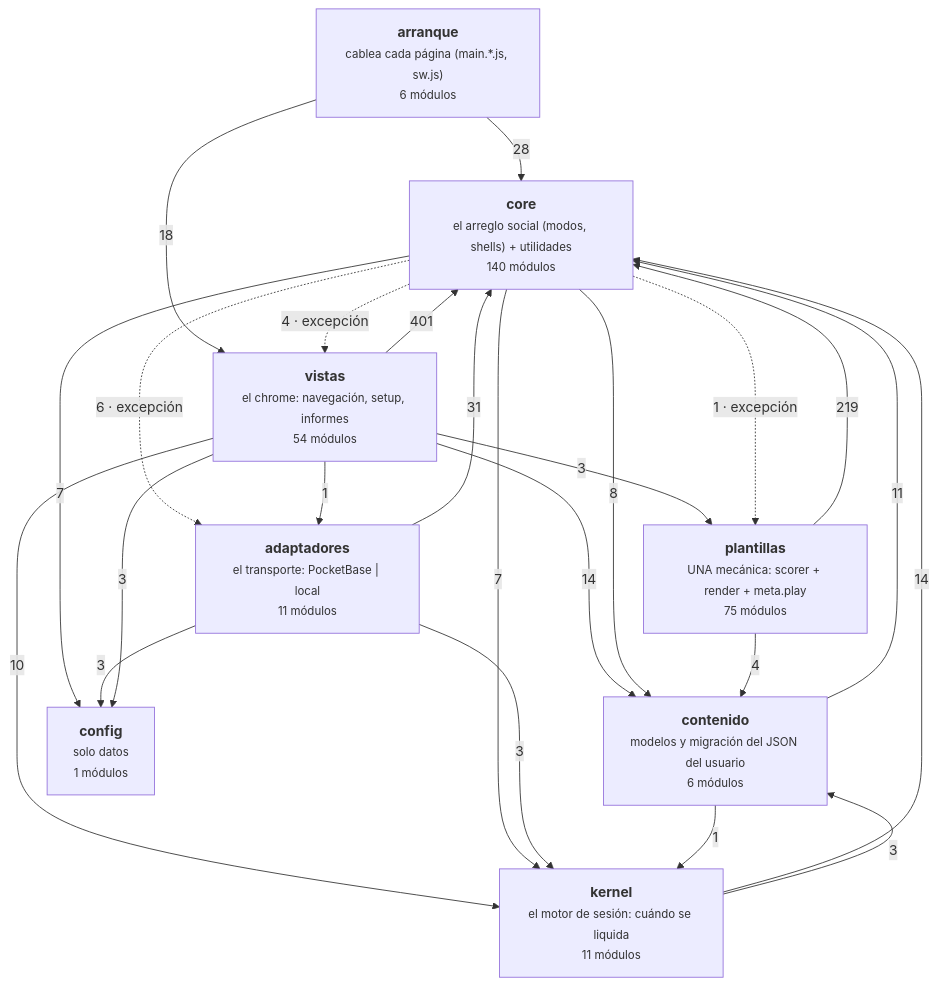
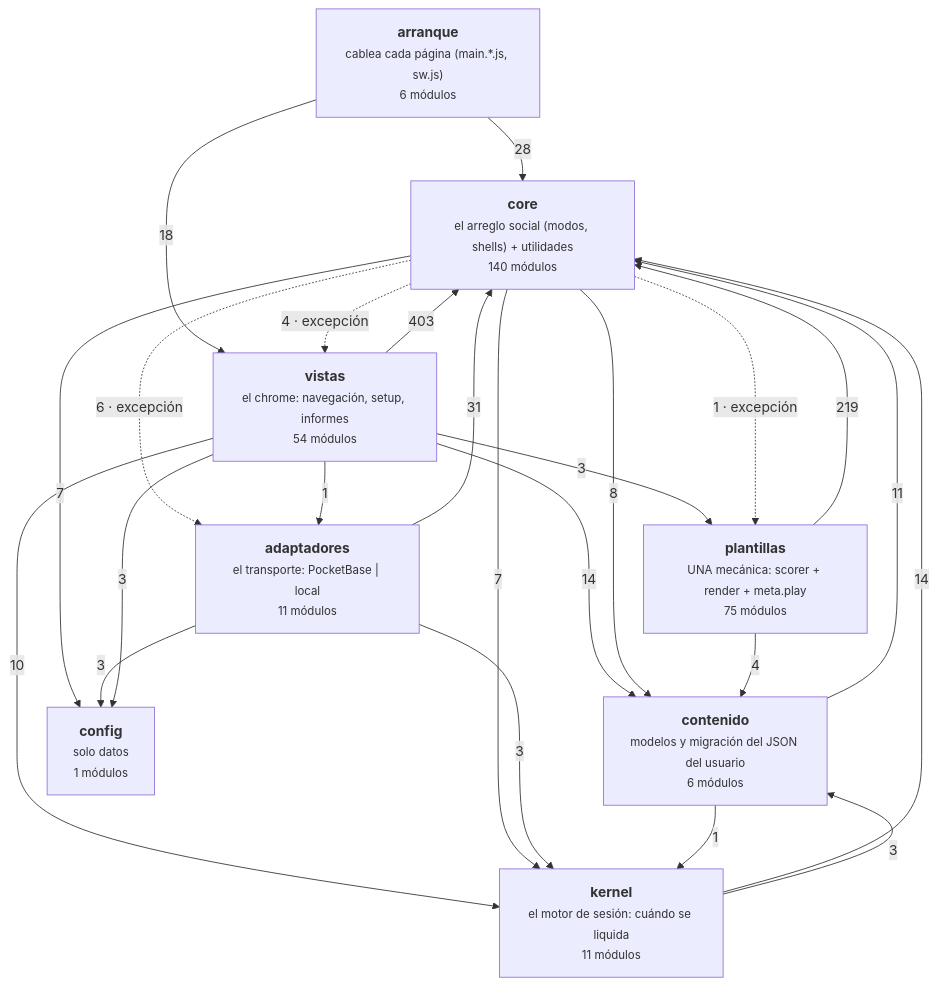
One commit to duecaz/ac changed the diagram in docs/arquitectura-modulos.md. Above: the diagram before and after it, drawn with Mermaid. The commit also changed other lines of this file and 10 other files, not shown here.

````diff
--- a/docs/arquitectura-modulos.md
+++ b/docs/arquitectura-modulos.md
@@ -56,34 +56,34 @@
 ```mermaid
 graph TD
   A["<b>arranque</b><br/><small>cablea cada página (main.*.js, sw.js)</small><br/><small>6 módulos</small>"]
   V["<b>vistas</b><br/><small>el chrome: navegación, setup, informes</small><br/><small>54 módulos</small>"]
   AD["<b>adaptadores</b><br/><small>el transporte: PocketBase | local</small><br/><small>11 módulos</small>"]
   C["<b>core</b><br/><small>el arreglo social (modos, shells) + utilidades</small><br/><small>140 módulos</small>"]
   K["<b>kernel</b><br/><small>el motor de sesión: cuándo se liquida</small><br/><small>11 módulos</small>"]
   T["<b>plantillas</b><br/><small>UNA mecánica: scorer + render + meta.play</small><br/><small>75 módulos</small>"]
   CO["<b>contenido</b><br/><small>modelos y migración del JSON del usuario</small><br/><small>6 módulos</small>"]
   CF["<b>config</b><br/><small>solo datos</small><br/><small>1 módulos</small>"]
-  V -->|401| C
+  V -->|403| C
   T -->|219| C
   AD -->|31| C
   A -->|28| C
   A -->|18| V
   K -->|14| C
   V -->|14| CO
   CO -->|11| C
   V -->|10| K
   C -->|8| CO
   C -->|7| K
   C -->|7| CF
   C -.->|6 · excepción| AD
   C -.->|4 · excepción| V
   T -->|4| CO
   AD -->|3| CF
   AD -->|3| K
   K -->|3| CO
   V -->|3| CF
   V -->|3| T
   C -.->|1 · excepción| T
   CO -->|1| K
   V -->|1| AD
 ```
````
